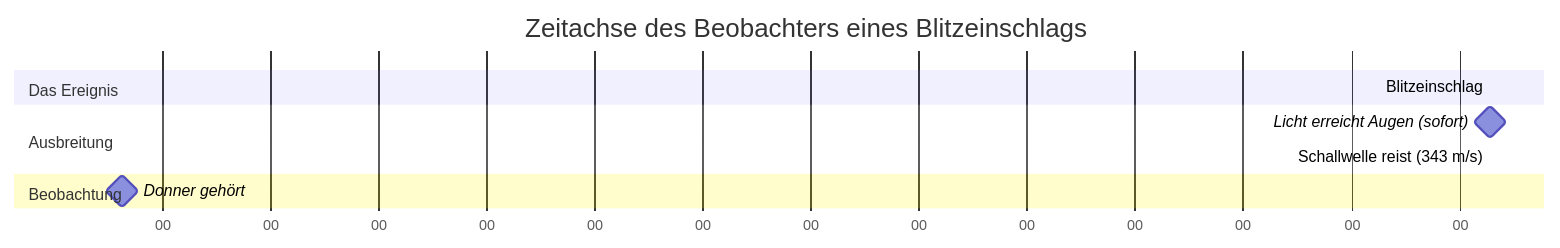
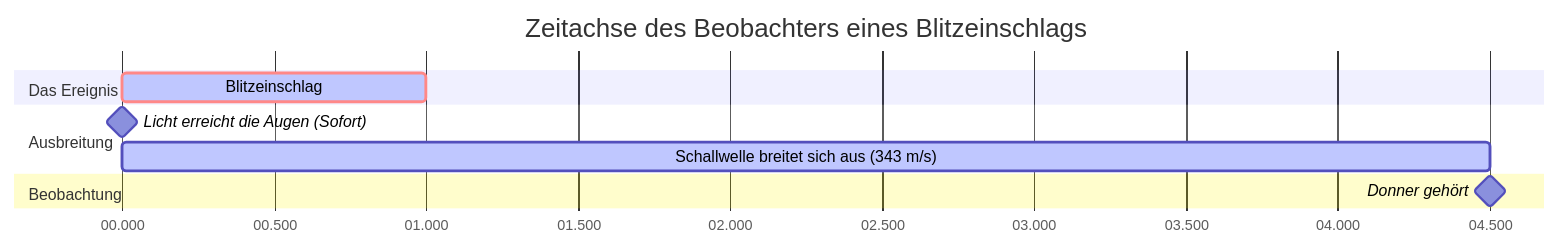
One commit to abuhanif254/Calculator-Hub changed the fourth of 5 diagrams in content/de/velocity-calculator.md. Above: the diagram before and after it, drawn with Mermaid. The commit also changed 82 other files, not shown here.

````diff
--- a/content/de/velocity-calculator.md
+++ b/content/de/velocity-calculator.md
@@ -363,13 +363,13 @@
 ```mermaid
 gantt
     title Zeitachse des Beobachters eines Blitzeinschlags
-    dateFormat  s
-    axisFormat %S
+    dateFormat  HH:mm:ss.SSS
+    axisFormat  %S.%L
     section Das Ereignis
-    Blitzeinschlag      :crit, active, 0, 1s
+    Blitzeinschlag :crit, active, 00:00:00.000, 00:00:01.000
     section Ausbreitung
-    Licht erreicht Augen (sofort) : milestone, 0, 0s
-    Schallwelle reist (343 m/s) : active, 0, 4.5s
+    Licht erreicht die Augen (Sofort) : milestone, 00:00:00.000, 0d
+    Schallwelle breitet sich aus (343 m/s) : active, 00:00:00.000, 00:00:04.500
     section Beobachtung
-    Donner gehört       : milestone, 4.5, 0s
+    Donner gehört : milestone, 00:00:04.500, 0d
 ```
````
